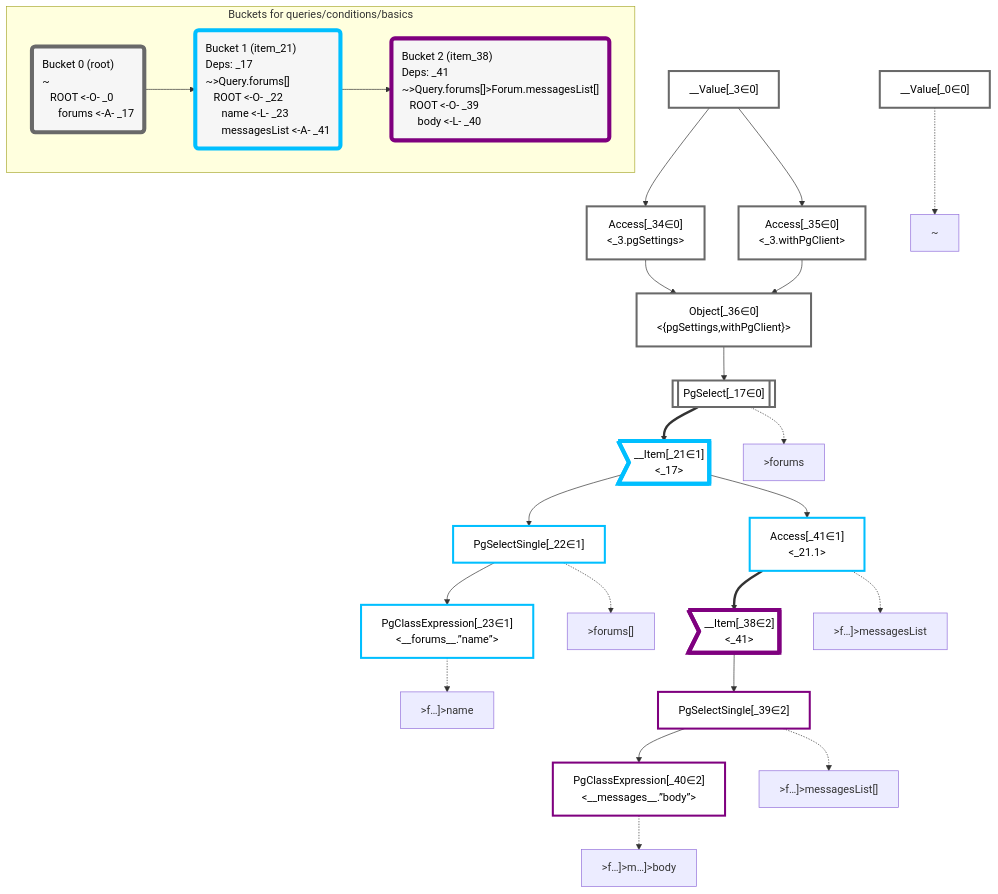
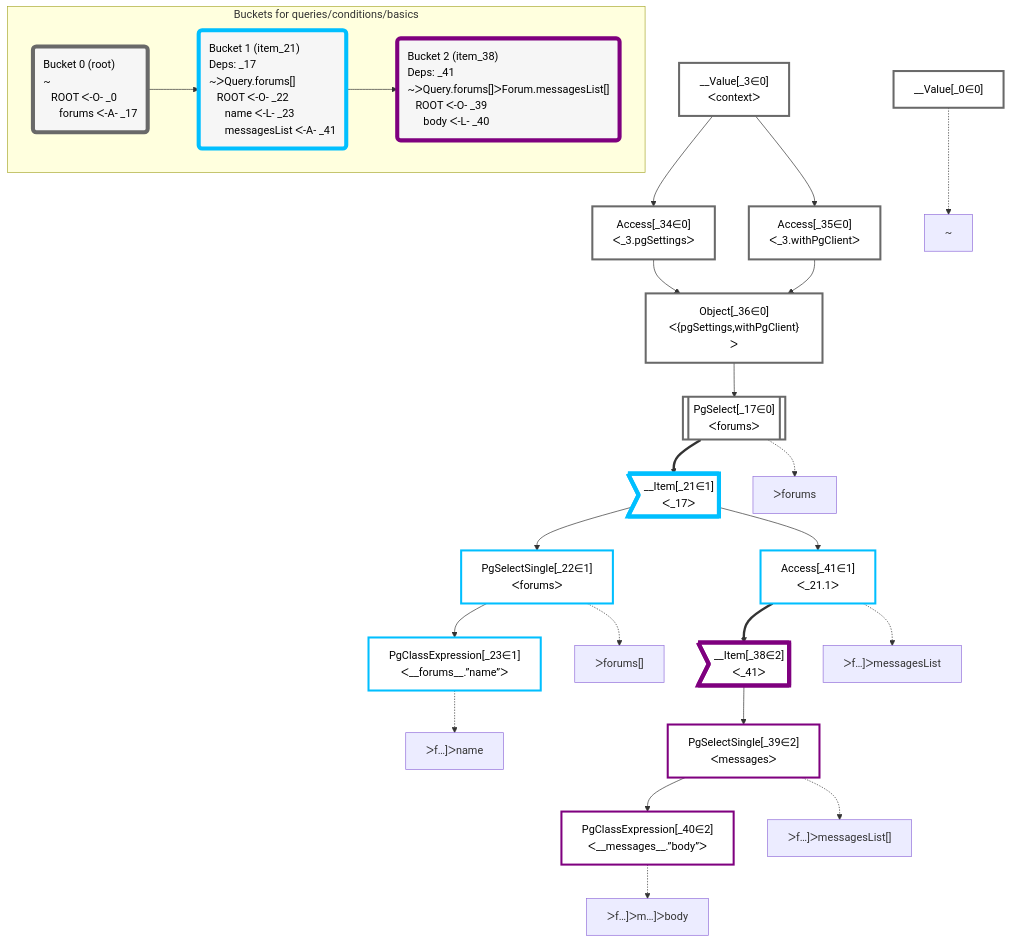
The diagram in packages/dataplan-pg/__tests__/queries/conditions/basics.mermaid.md (graphile/crystal), drawn with Mermaid before and after one commit. The commit also changed 195 other files, not shown here.

````diff
--- a/packages/dataplan-pg/__tests__/queries/conditions/basics.mermaid.md
+++ b/packages/dataplan-pg/__tests__/queries/conditions/basics.mermaid.md
@@ -1,73 +1,73 @@
 ```mermaid
 graph TD
     classDef path fill:#eee,stroke:#000,color:#000
     classDef plan fill:#fff,stroke-width:3px,color:#000
     classDef itemplan fill:#fff,stroke-width:6px,color:#000
     classDef sideeffectplan fill:#f00,stroke-width:6px,color:#000
     classDef bucket fill:#f6f6f6,color:#000,stroke-width:6px,text-align:left
 
 
     %% define plans
     __Value_0["__Value[_0∈0]"]:::plan
-    __Value_3["__Value[_3∈0]<br /><context>"]:::plan
-    PgSelect_17[["PgSelect[_17∈0]<br /><forums>"]]:::plan
-    __Item_21>"__Item[_21∈1]<br /><_17>"]:::itemplan
-    PgSelectSingle_22["PgSelectSingle[_22∈1]<br /><forums>"]:::plan
-    PgClassExpression_23["PgClassExpression[_23∈1]<br /><__forums__.”name”>"]:::plan
-    Access_34["Access[_34∈0]<br /><_3.pgSettings>"]:::plan
-    Access_35["Access[_35∈0]<br /><_3.withPgClient>"]:::plan
-    Object_36["Object[_36∈0]<br /><{pgSettings,withPgClient}>"]:::plan
-    __Item_38>"__Item[_38∈2]<br /><_41>"]:::itemplan
-    PgSelectSingle_39["PgSelectSingle[_39∈2]<br /><messages>"]:::plan
-    PgClassExpression_40["PgClassExpression[_40∈2]<br /><__messages__.”body”>"]:::plan
-    Access_41["Access[_41∈1]<br /><_21.1>"]:::plan
+    __Value_3["__Value[_3∈0]<br />ᐸcontextᐳ"]:::plan
+    PgSelect_17[["PgSelect[_17∈0]<br />ᐸforumsᐳ"]]:::plan
+    __Item_21>"__Item[_21∈1]<br />ᐸ_17ᐳ"]:::itemplan
+    PgSelectSingle_22["PgSelectSingle[_22∈1]<br />ᐸforumsᐳ"]:::plan
+    PgClassExpression_23["PgClassExpression[_23∈1]<br />ᐸ__forums__.”name”ᐳ"]:::plan
+    Access_34["Access[_34∈0]<br />ᐸ_3.pgSettingsᐳ"]:::plan
+    Access_35["Access[_35∈0]<br />ᐸ_3.withPgClientᐳ"]:::plan
+    Object_36["Object[_36∈0]<br />ᐸ{pgSettings,withPgClient}ᐳ"]:::plan
+    __Item_38>"__Item[_38∈2]<br />ᐸ_41ᐳ"]:::itemplan
+    PgSelectSingle_39["PgSelectSingle[_39∈2]<br />ᐸmessagesᐳ"]:::plan
+    PgClassExpression_40["PgClassExpression[_40∈2]<br />ᐸ__messages__.”body”ᐳ"]:::plan
+    Access_41["Access[_41∈1]<br />ᐸ_21.1ᐳ"]:::plan
 
     %% plan dependencies
     Object_36 --> PgSelect_17
     PgSelect_17 ==> __Item_21
     __Item_21 --> PgSelectSingle_22
     PgSelectSingle_22 --> PgClassExpression_23
     __Value_3 --> Access_34
     __Value_3 --> Access_35
     Access_34 --> Object_36
     Access_35 --> Object_36
     Access_41 ==> __Item_38
     __Item_38 --> PgSelectSingle_39
     PgSelectSingle_39 --> PgClassExpression_40
     __Item_21 --> Access_41
 
     %% plan-to-path relationships
     P_0["~"]
     __Value_0 -.-> P_0
-    P_17[">forums"]
+    P_17["ᐳforums"]
     PgSelect_17 -.-> P_17
-    P_22[">forums[]"]
+    P_22["ᐳforums[]"]
     PgSelectSingle_22 -.-> P_22
-    P_23[">f…]>name"]
+    P_23["ᐳf…]ᐳname"]
     PgClassExpression_23 -.-> P_23
-    P_39[">f…]>messagesList[]"]
+    P_39["ᐳf…]ᐳmessagesList[]"]
     PgSelectSingle_39 -.-> P_39
-    P_40[">f…]>m…]>body"]
+    P_40["ᐳf…]ᐳm…]ᐳbody"]
     PgClassExpression_40 -.-> P_40
-    P_41[">f…]>messagesList"]
+    P_41["ᐳf…]ᐳmessagesList"]
     Access_41 -.-> P_41
 
     %% allocate buckets
     classDef bucket0 stroke:#696969
     class __Value_0,__Value_3,PgSelect_17,Access_34,Access_35,Object_36 bucket0
     classDef bucket1 stroke:#00bfff
     class __Item_21,PgSelectSingle_22,PgClassExpression_23,Access_41 bucket1
     classDef bucket2 stroke:#7f007f
     class __Item_38,PgSelectSingle_39,PgClassExpression_40 bucket2
 
     subgraph "Buckets for queries/conditions/basics"
-    Bucket0("Bucket 0 (root)<br />~<br />⠀ROOT <-O- _0<br />⠀⠀forums <-A- _17"):::bucket
+    Bucket0("Bucket 0 (root)<br />~<br />⠀ROOT ᐸ-O- _0<br />⠀⠀forums ᐸ-A- _17"):::bucket
     style Bucket0 stroke:#696969
-    Bucket1("Bucket 1 (item_21)<br />Deps: _17<br />~>Query.forums[]<br />⠀ROOT <-O- _22<br />⠀⠀name <-L- _23<br />⠀⠀messagesList <-A- _41"):::bucket
+    Bucket1("Bucket 1 (item_21)<br />Deps: _17<br />~ᐳQuery.forums[]<br />⠀ROOT ᐸ-O- _22<br />⠀⠀name ᐸ-L- _23<br />⠀⠀messagesList ᐸ-A- _41"):::bucket
     style Bucket1 stroke:#00bfff
     Bucket0 --> Bucket1
-    Bucket2("Bucket 2 (item_38)<br />Deps: _41<br />~>Query.forums[]>Forum.messagesList[]<br />⠀ROOT <-O- _39<br />⠀⠀body <-L- _40"):::bucket
+    Bucket2("Bucket 2 (item_38)<br />Deps: _41<br />~ᐳQuery.forums[]ᐳForum.messagesList[]<br />⠀ROOT ᐸ-O- _39<br />⠀⠀body ᐸ-L- _40"):::bucket
     style Bucket2 stroke:#7f007f
     Bucket1 --> Bucket2
     end
 ```
````
